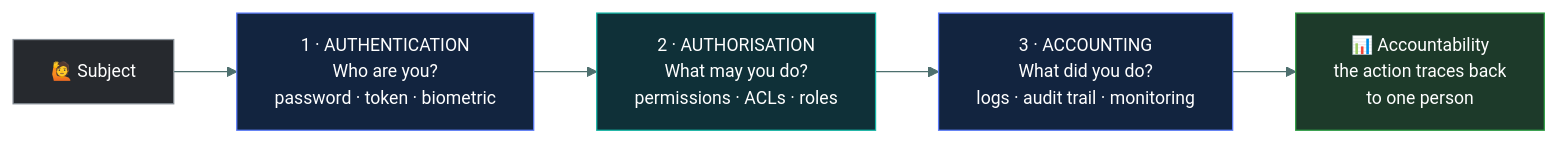
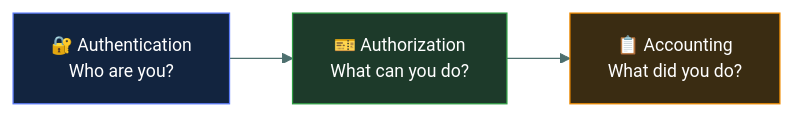
Before and after one commit to tarunTejaDesireddy/cc-exam-prep: the first of 5 diagrams in 01-security-principles/authorization-and-accounting/README.md, drawn with Mermaid. The commit also changed other lines of this file and 1 other file, not shown here.

First line of the commit message:
Rewrite authorization-and-accounting with the AAA caveman walkthrough

````diff
--- a/01-security-principles/authorization-and-accounting/README.md
+++ b/01-security-principles/authorization-and-accounting/README.md
@@ -70,14 +30,10 @@
 ```mermaid
-%%{init: {'theme':'base','themeVariables':{'fontSize':'14px','lineColor':'#4d6f6e','textColor':'#dbe7e6'}}}%%
+%%{init: {'theme':'base','themeVariables':{'fontFamily':'Segoe UI, Helvetica Neue, Arial, sans-serif','fontSize':'14px','lineColor':'#4d6f6e','textColor':'#dbe7e6'}}}%%
 flowchart LR
-    U["🙋 Subject"] --> A1["1 · AUTHENTICATION<br/>Who are you?<br/>password · token · biometric"]
-    A1 --> A2["2 · AUTHORISATION<br/>What may you do?<br/>permissions · ACLs · roles"]
-    A2 --> A3["3 · ACCOUNTING<br/>What did you do?<br/>logs · audit trail · monitoring"]
-    A3 --> R["📊 Accountability<br/>the action traces back<br/>to one person"]
+    N["🔐 Authentication<br/>Who are you?"] --> Z["🎫 Authorization<br/>What can you do?"]
+    Z --> C["📋 Accounting<br/>What did you do?"]
 
-    style U fill:#26292e,stroke:#868E96,color:#fff
-    style A1 fill:#12243f,stroke:#5C7CFA,color:#fff
-    style A2 fill:#0f3038,stroke:#12B5A5,color:#fff
-    style A3 fill:#12243f,stroke:#5C7CFA,color:#fff
-    style R fill:#1d3a2a,stroke:#2F9E44,color:#fff
+    style N fill:#12243f,stroke:#5C7CFA,color:#fff
+    style Z fill:#1d3a2a,stroke:#2F9E44,color:#fff
+    style C fill:#3a2c12,stroke:#F08C00,color:#fff
 ```
````
